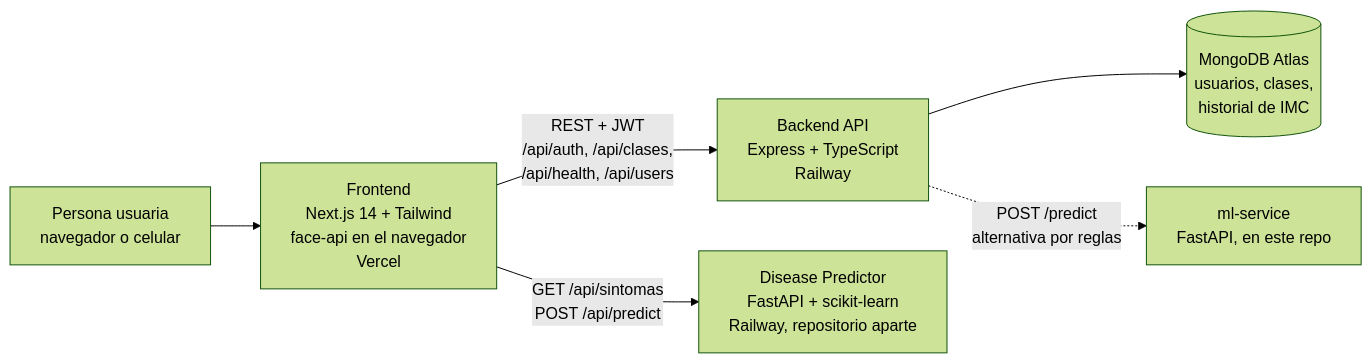
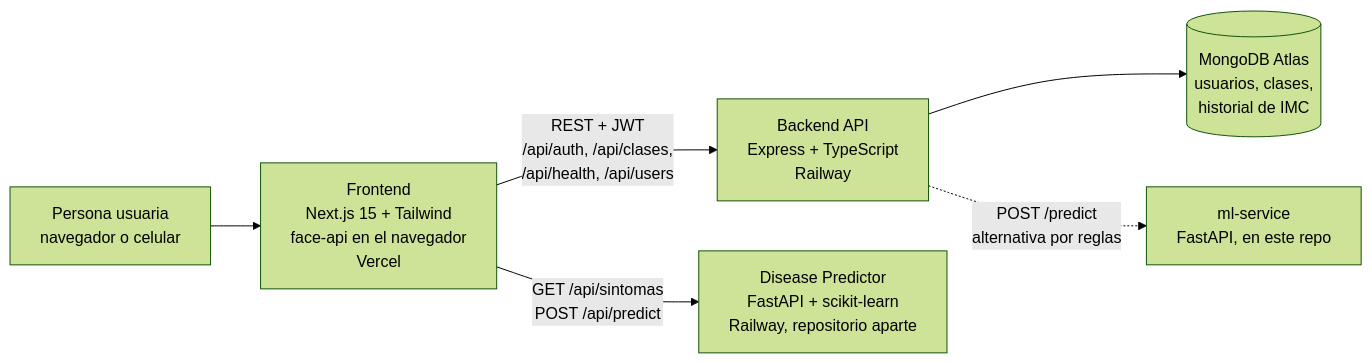
Before and after one commit to ronalc90/saludSalta_Noa: the first of 2 diagrams in README.md, drawn with Mermaid (forest theme). The commit also changed other lines of this file and 5 other files, not shown here.

First line of the commit message:
Migrar el frontend a Next 15.5.28 y React 19

````diff
--- a/README.md
+++ b/README.md
@@ -169,8 +169,8 @@
 ```mermaid
 flowchart LR
-    P["Persona usuaria<br/>navegador o celular"] --> F["Frontend<br/>Next.js 14 + Tailwind<br/>face-api en el navegador<br/>Vercel"]
+    P["Persona usuaria<br/>navegador o celular"] --> F["Frontend<br/>Next.js 15 + Tailwind<br/>face-api en el navegador<br/>Vercel"]
     F -->|"REST + JWT<br/>/api/auth, /api/clases,<br/>/api/health, /api/users"| B["Backend API<br/>Express + TypeScript<br/>Railway"]
     B --> DB[("MongoDB Atlas<br/>usuarios, clases,<br/>historial de IMC")]
     F -->|"GET /api/sintomas<br/>POST /api/predict"| D["Disease Predictor<br/>FastAPI + scikit-learn<br/>Railway, repositorio aparte"]
     B -.->|"POST /predict<br/>alternativa por reglas"| M["ml-service<br/>FastAPI, en este repo"]
 ```
````
